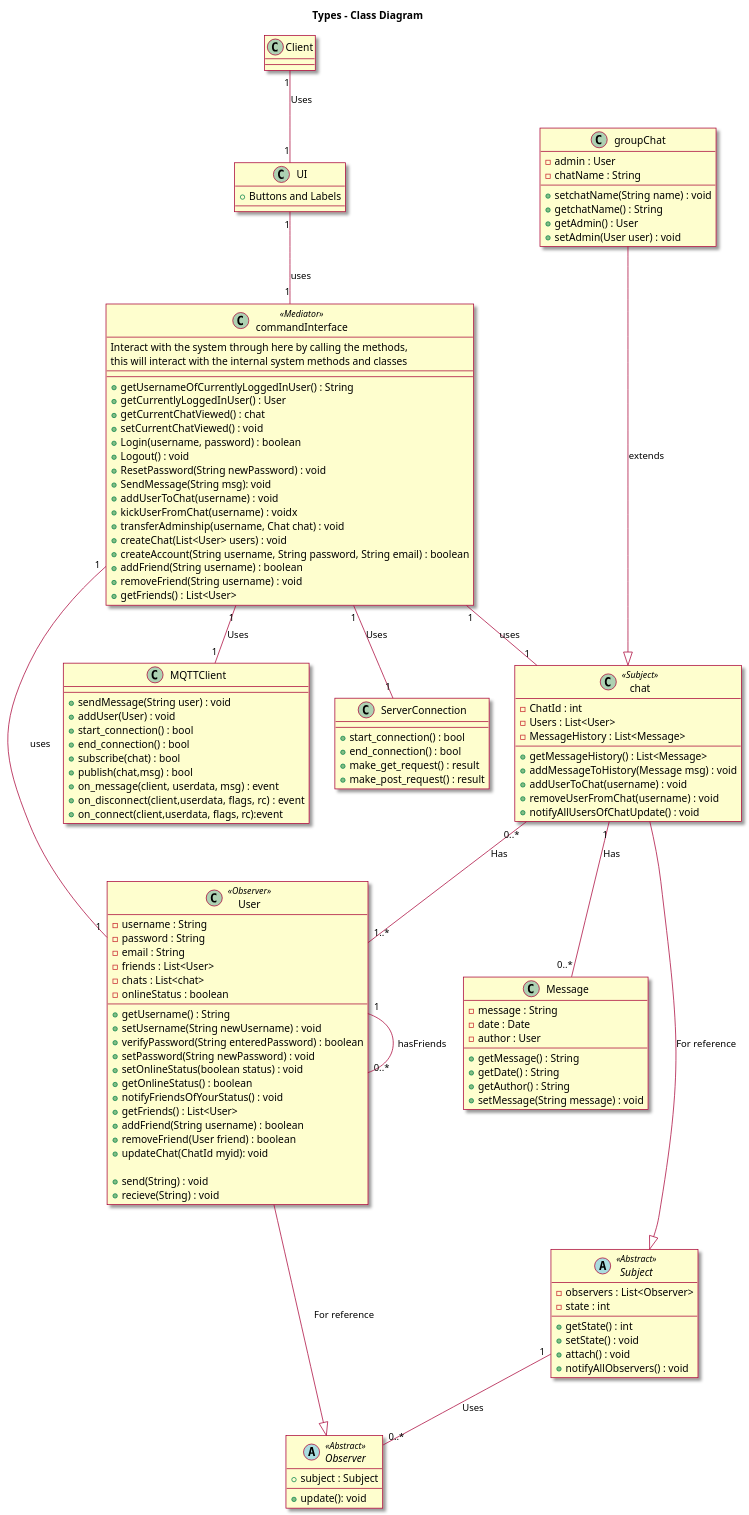
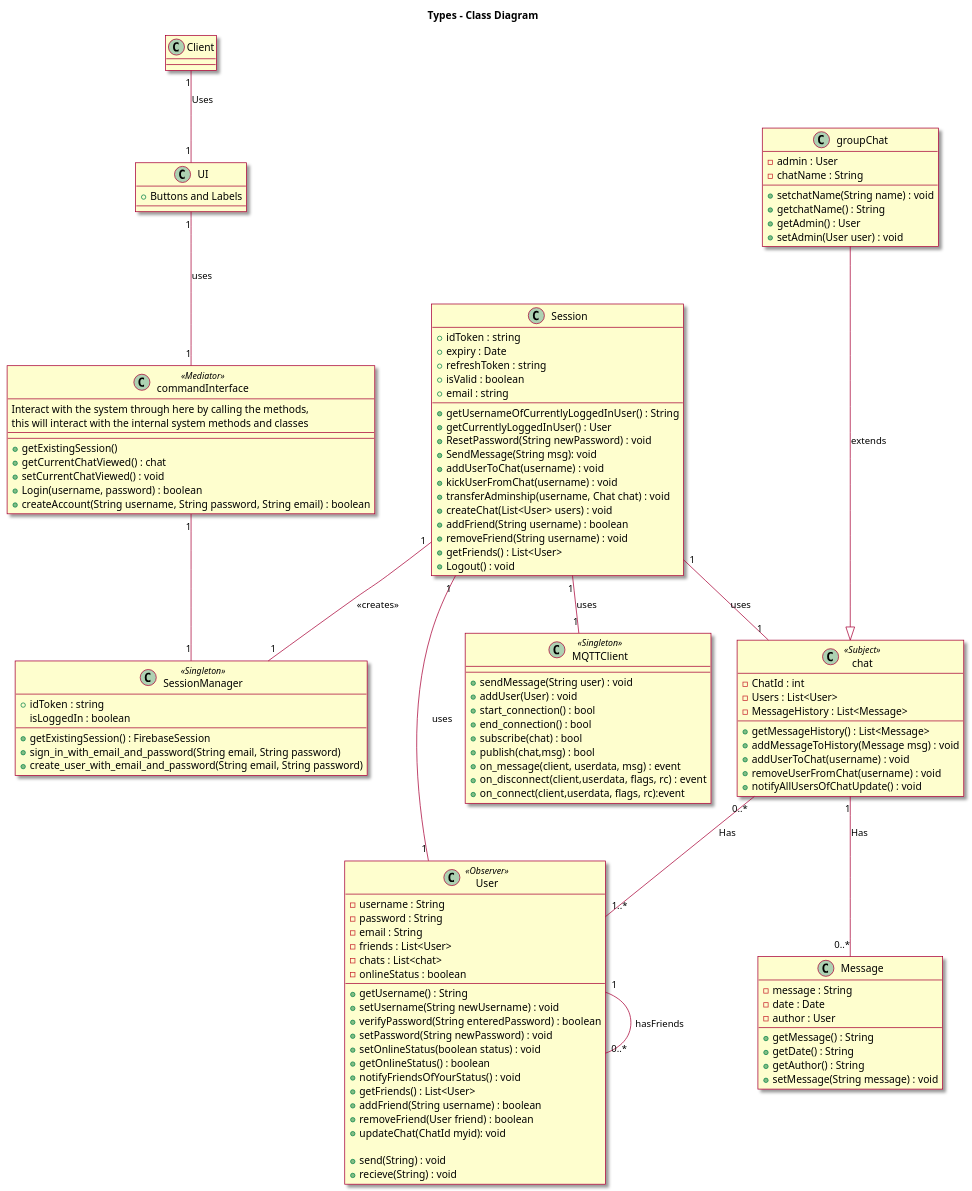
The diagram in diagrams/class_diagram.wsd (UBCO-COSC-310-Winter-2022-T2/the-project-marbl), drawn with PlantUML before and after one commit. The commit also changed 2 other files, not shown here.

Commit message:
Added login/signup & Changed class diagram

```diff
--- a/diagrams/class_diagram.wsd
+++ b/diagrams/class_diagram.wsd
@@ -1,149 +1,139 @@
 @startuml
 
 skin rose
 
 title Types - Class Diagram
 
 
 skinparam componentStyle uml2
 class Client{}
 Client "1"--"1" UI: Uses
 
 class Message{
     - message : String
     - date : Date
     - author : User
     +getMessage() : String
     +getDate() : String
     +getAuthor() : String
     +setMessage(String message) : void
 }
 
 class User <<Observer>> {
     -username : String
     -password : String
     -email : String
     -friends : List<User>
     -chats : List<chat>
     -onlineStatus : boolean
 
     +getUsername() : String
     +setUsername(String newUsername) : void
     +verifyPassword(String enteredPassword) : boolean
     +setPassword(String newPassword) : void
     +setOnlineStatus(boolean status) : void
     +getOnlineStatus() : boolean
     +notifyFriendsOfYourStatus() : void
     +getFriends() : List<User>
     +addFriend(String username) : boolean
     +removeFriend(User friend) : boolean
     +updateChat(ChatId myid): void
 
     +send(String) : void
     +recieve(String) : void
 }
 
 User "1"--"0..*" User : hasFriends
 
-Class MQTTClient {
+Class MQTTClient <<Singleton>> {
     +sendMessage(String user) : void
     +addUser(User) : void
     +start_connection() : bool
     +end_connection() : bool
     +subscribe(chat) : bool
     +publish(chat,msg) : bool
     +on_message(client, userdata, msg) : event
     +on_disconnect(client,userdata, flags, rc)  : event
     +on_connect(client,userdata, flags, rc):event
 }
-
-commandInterface "1"--"1" MQTTClient: Uses
-
-Class ServerConnection {
-    +start_connection() : bool
-    +end_connection() : bool
-    +make_get_request() : result
-    +make_post_request() : result
- }
- 
- commandInterface "1"--"1" ServerConnection: Uses
-
-Abstract Observer <<Abstract>> {
-    +subject : Subject
-    +update(): void
-}
-
-Abstract Subject <<Abstract>> {
-    -observers : List<Observer>
-    -state : int
-    +getState() : int
-    +setState() : void
-    +attach() : void
-    +notifyAllObservers() : void
-}
-
-Subject "1"--"0..*" Observer : Uses
 
 
 Class groupChat {
     -admin : User
     -chatName : String
     +setchatName(String name) : void
     +getchatName() : String
     +getAdmin() : User
     +setAdmin(User user) : void
 }
 
 Class chat <<Subject>> {
     -ChatId : int
     -Users : List<User>
     -MessageHistory : List<Message>
     +getMessageHistory() : List<Message>
     +addMessageToHistory(Message msg) : void
     +addUserToChat(username) : void
     +removeUserFromChat(username) : void
     +notifyAllUsersOfChatUpdate() : void
 }
 
 chat "0..*" -- "1..*" User : Has
 
 chat "1" -- "0..*" Message : Has
 
 groupChat---|> chat : extends
 
-chat ---|> Subject : For reference
-User ---|> Observer : For reference
-
 class commandInterface <<Mediator>> {
     Interact with the system through here by calling the methods,
     this will interact with the internal system methods and classes
     --
     --
-    +getUsernameOfCurrentlyLoggedInUser() : String
-    +getCurrentlyLoggedInUser() : User
+    +getExistingSession()
     +getCurrentChatViewed() : chat
     +setCurrentChatViewed() : void
     +Login(username, password) : boolean
-    +Logout() : void
-    +ResetPassword(String newPassword) : void
-    +SendMessage(String msg): void
-    +addUserToChat(username) : void
-    +kickUserFromChat(username) : voidx
-    +transferAdminship(username, Chat chat) : void
-    +createChat(List<User> users) : void
     +createAccount(String username, String password, String email) : boolean
-    +addFriend(String username) : boolean
-    +removeFriend(String username) : void
-    +getFriends() : List<User>
 }
 
-commandInterface "1" -- "1" User : uses
-commandInterface "1" -- "1" chat: uses
+Session "1" -- "1" User : uses
+Session "1" -- "1" chat: uses
 
 class UI {
     +Buttons and Labels
 }
 
+class Session{
+    +idToken : string
+    +expiry : Date
+    +refreshToken : string
+    +isValid : boolean
+    +email : string
+    +getUsernameOfCurrentlyLoggedInUser() : String
+    +getCurrentlyLoggedInUser() : User
+    +ResetPassword(String newPassword) : void
+    +SendMessage(String msg): void
+    +addUserToChat(username) : void
+    +kickUserFromChat(username) : void
+    +transferAdminship(username, Chat chat) : void
+    +createChat(List<User> users) : void
+    +addFriend(String username) : boolean
+    +removeFriend(String username) : void
+    +getFriends() : List<User>
+    +Logout() : void
+}
+
+class SessionManager <<Singleton>>{
+    +idToken : string
+    isLoggedIn : boolean
+    +getExistingSession() : FirebaseSession
+    +sign_in_with_email_and_password(String email, String password)
+    +create_user_with_email_and_password(String email, String password)
+}
+
+Session "1" -- "1" MQTTClient : uses
+Session "1" -- "1" SessionManager : <<creates>>
 UI "1" -- "1" commandInterface : uses
+commandInterface "1" -- "1" SessionManager
 
 @enduml
```
